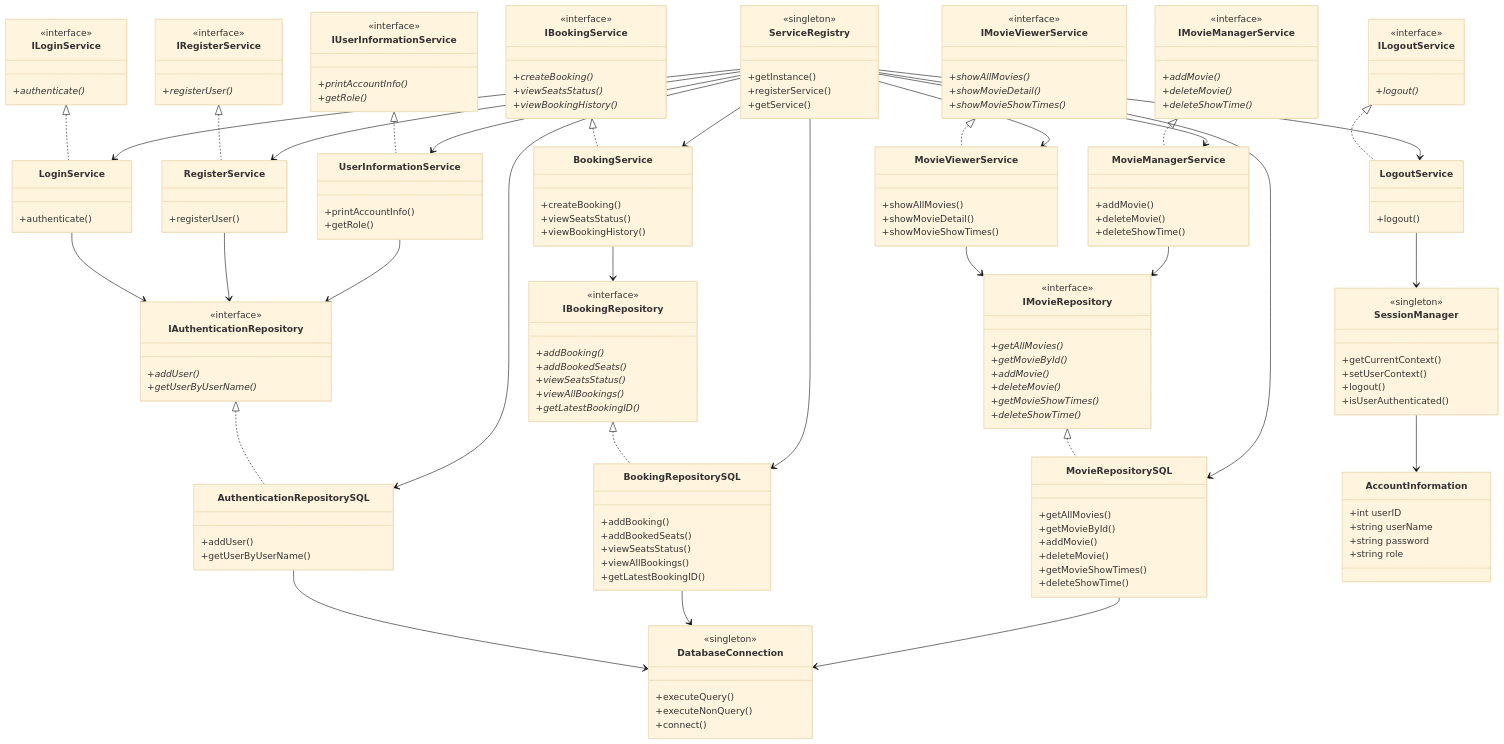
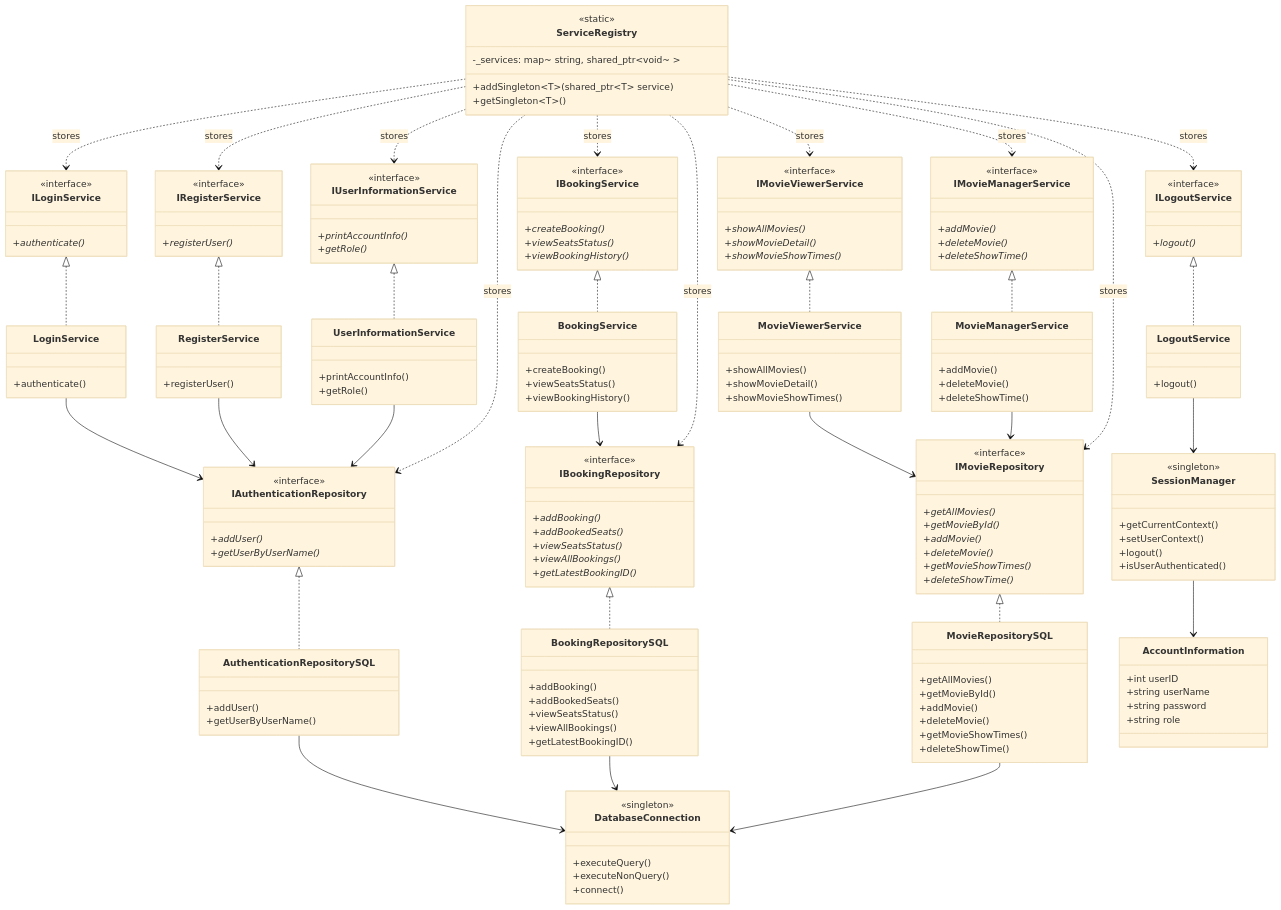
One commit to kqanGit/MovieTicketBookingSystem changed the diagram in diagram/Class_diagram/CoreServices.md. Above: the diagram before and after it, drawn with Mermaid (base theme).

````diff
--- a/diagram/Class_diagram/CoreServices.md
+++ b/diagram/Class_diagram/CoreServices.md
@@ -4,10 +4,10 @@
 
     %% Core Singletons
     class ServiceRegistry {
-        <<singleton>>
-        +getInstance()
-        +registerService()
-        +getService()
+        <<static>>
+        +addSingleton~T~(shared_ptr~T~ service)
+        +getSingleton~T~()
+        -_services: map~ string, shared_ptr~void~ ~
     }
 
     class SessionManager {
@@ -189,17 +189,17 @@
     BookingRepositorySQL --> DatabaseConnection
     MovieRepositorySQL --> DatabaseConnection
 
-    %% Core System Dependencies
-    ServiceRegistry --> LoginService
-    ServiceRegistry --> RegisterService
-    ServiceRegistry --> BookingService
-    ServiceRegistry --> MovieViewerService
-    ServiceRegistry --> MovieManagerService
-    ServiceRegistry --> UserInformationService
-    ServiceRegistry --> LogoutService
-    ServiceRegistry --> AuthenticationRepositorySQL
-    ServiceRegistry --> BookingRepositorySQL
-    ServiceRegistry --> MovieRepositorySQL
+    %% ServiceRegistry stores all services
+    ServiceRegistry ..> ILoginService : stores
+    ServiceRegistry ..> IRegisterService : stores
+    ServiceRegistry ..> IBookingService : stores
+    ServiceRegistry ..> IMovieViewerService : stores
+    ServiceRegistry ..> IMovieManagerService : stores
+    ServiceRegistry ..> IUserInformationService : stores
+    ServiceRegistry ..> ILogoutService : stores
+    ServiceRegistry ..> IAuthenticationRepository : stores
+    ServiceRegistry ..> IBookingRepository : stores
+    ServiceRegistry ..> IMovieRepository : stores
 
     SessionManager --> AccountInformation
 ```
````
